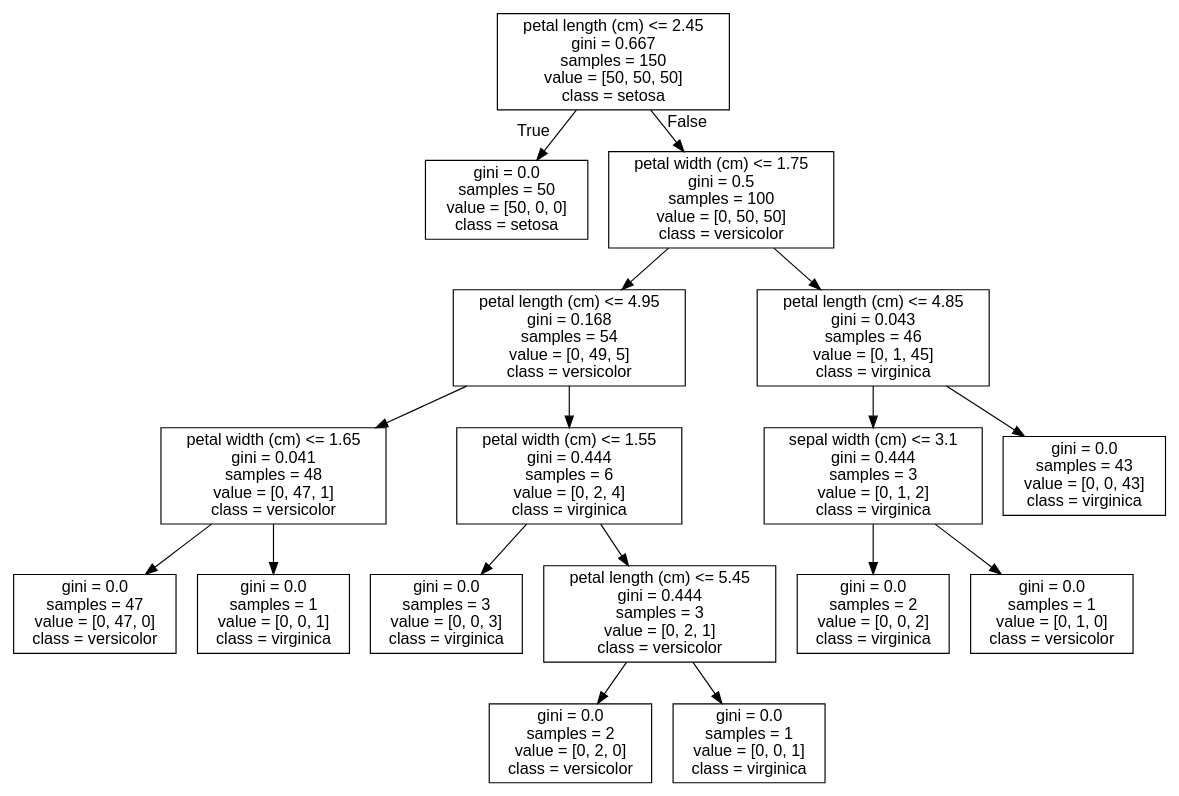
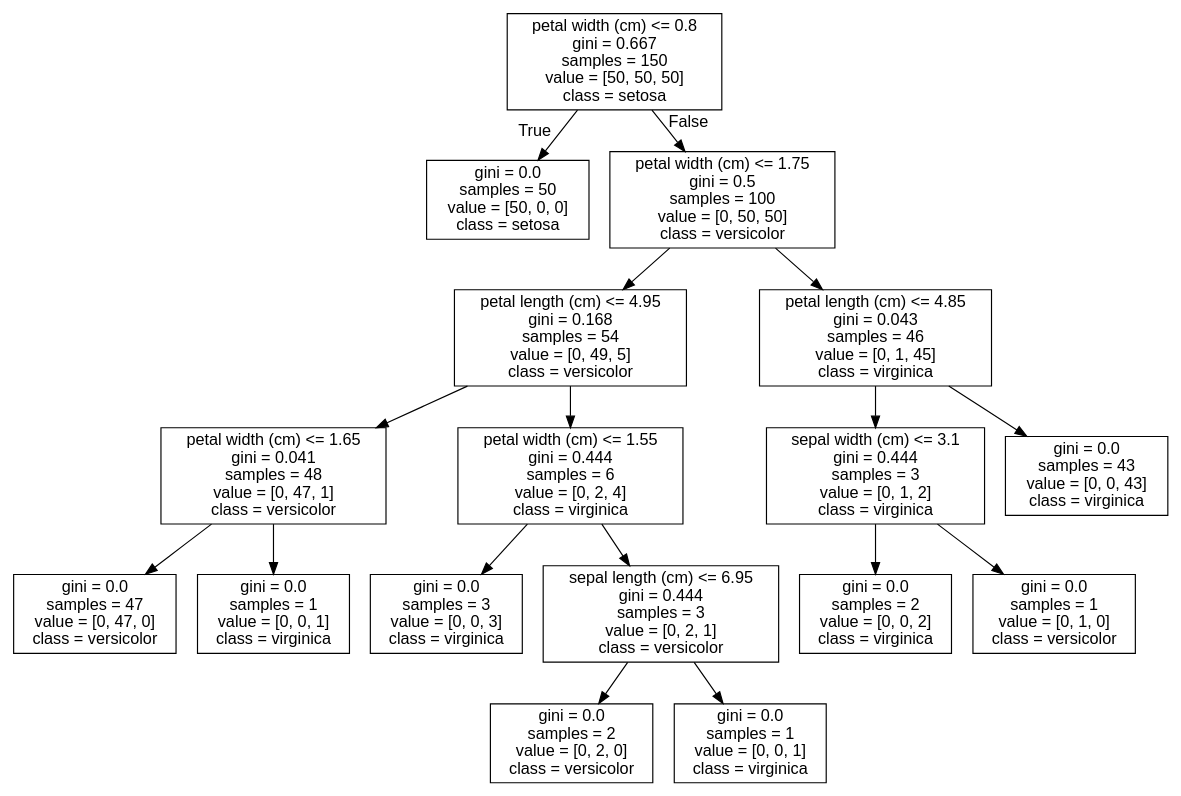
Before and after one commit to lgmueller/enpm808L: the diagram in iris.dot, drawn with Graphviz. The commit also changed 8 other files, not shown here.

```diff
--- a/iris.dot
+++ b/iris.dot
@@ -1,37 +1,37 @@
 digraph Tree {
 node [shape=box, fontname="helvetica"] ;
 edge [fontname="helvetica"] ;
-0 [label="petal length (cm) <= 2.45\ngini = 0.667\nsamples = 150\nvalue = [50, 50, 50]\nclass = setosa"] ;
+0 [label="petal width (cm) <= 0.8\ngini = 0.667\nsamples = 150\nvalue = [50, 50, 50]\nclass = setosa"] ;
 1 [label="gini = 0.0\nsamples = 50\nvalue = [50, 0, 0]\nclass = setosa"] ;
 0 -> 1 [labeldistance=2.5, labelangle=45, headlabel="True"] ;
 2 [label="petal width (cm) <= 1.75\ngini = 0.5\nsamples = 100\nvalue = [0, 50, 50]\nclass = versicolor"] ;
 0 -> 2 [labeldistance=2.5, labelangle=-45, headlabel="False"] ;
 3 [label="petal length (cm) <= 4.95\ngini = 0.168\nsamples = 54\nvalue = [0, 49, 5]\nclass = versicolor"] ;
 2 -> 3 ;
 4 [label="petal width (cm) <= 1.65\ngini = 0.041\nsamples = 48\nvalue = [0, 47, 1]\nclass = versicolor"] ;
 3 -> 4 ;
 5 [label="gini = 0.0\nsamples = 47\nvalue = [0, 47, 0]\nclass = versicolor"] ;
 4 -> 5 ;
 6 [label="gini = 0.0\nsamples = 1\nvalue = [0, 0, 1]\nclass = virginica"] ;
 4 -> 6 ;
 7 [label="petal width (cm) <= 1.55\ngini = 0.444\nsamples = 6\nvalue = [0, 2, 4]\nclass = virginica"] ;
 3 -> 7 ;
 8 [label="gini = 0.0\nsamples = 3\nvalue = [0, 0, 3]\nclass = virginica"] ;
 7 -> 8 ;
-9 [label="petal length (cm) <= 5.45\ngini = 0.444\nsamples = 3\nvalue = [0, 2, 1]\nclass = versicolor"] ;
+9 [label="sepal length (cm) <= 6.95\ngini = 0.444\nsamples = 3\nvalue = [0, 2, 1]\nclass = versicolor"] ;
 7 -> 9 ;
 10 [label="gini = 0.0\nsamples = 2\nvalue = [0, 2, 0]\nclass = versicolor"] ;
 9 -> 10 ;
 11 [label="gini = 0.0\nsamples = 1\nvalue = [0, 0, 1]\nclass = virginica"] ;
 9 -> 11 ;
 12 [label="petal length (cm) <= 4.85\ngini = 0.043\nsamples = 46\nvalue = [0, 1, 45]\nclass = virginica"] ;
 2 -> 12 ;
 13 [label="sepal width (cm) <= 3.1\ngini = 0.444\nsamples = 3\nvalue = [0, 1, 2]\nclass = virginica"] ;
 12 -> 13 ;
 14 [label="gini = 0.0\nsamples = 2\nvalue = [0, 0, 2]\nclass = virginica"] ;
 13 -> 14 ;
 15 [label="gini = 0.0\nsamples = 1\nvalue = [0, 1, 0]\nclass = versicolor"] ;
 13 -> 15 ;
 16 [label="gini = 0.0\nsamples = 43\nvalue = [0, 0, 43]\nclass = virginica"] ;
 12 -> 16 ;
 }
```
